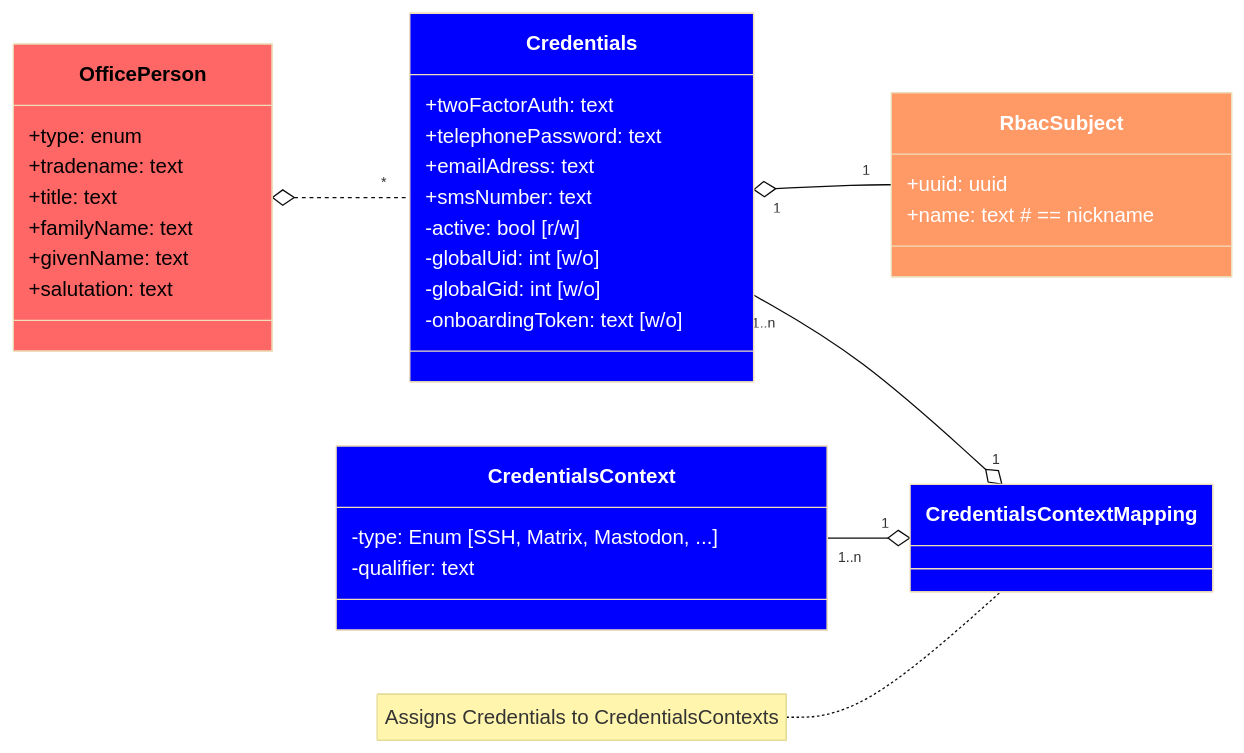
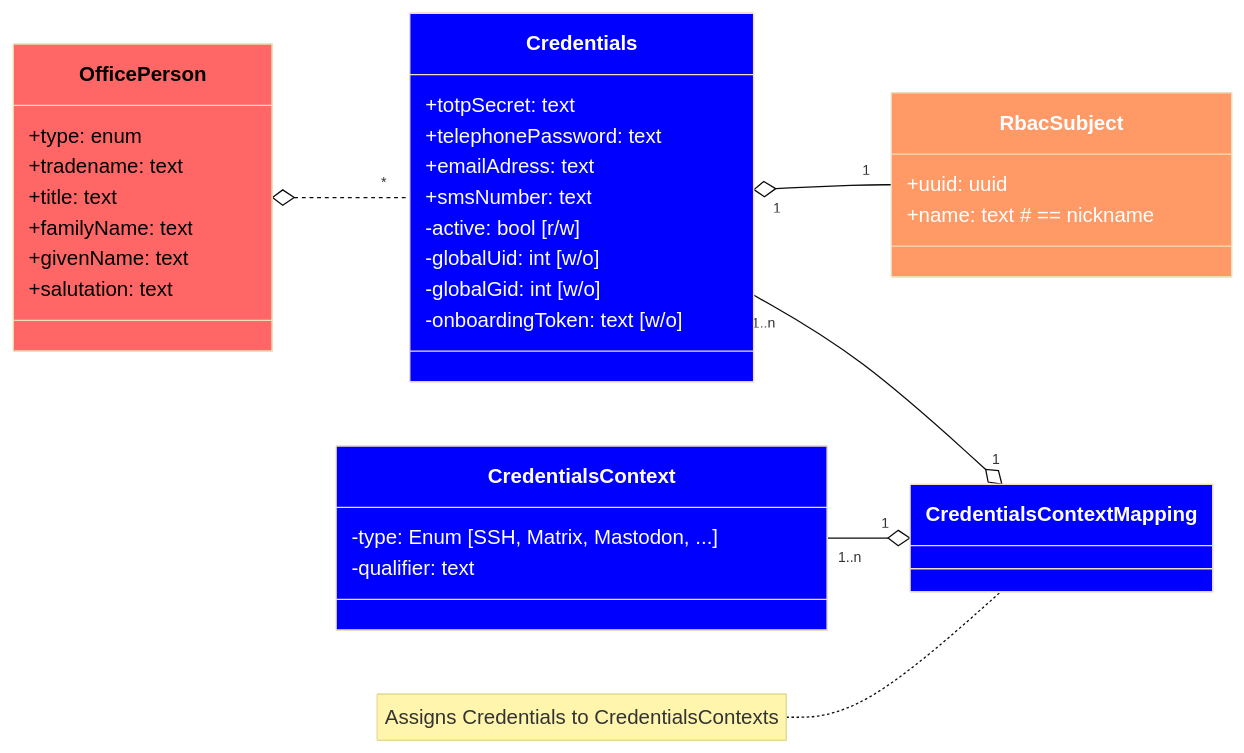
The diagram in doc/ideas/login-credentials-data-model.mermaid (mhoennig/hs.hsadmin.ng), drawn with Mermaid (base theme) before and after one commit. The commit also changed 32 other files, not shown here.

Commit message:
feature/credentials-schema-updates (#180)

```diff
--- a/doc/ideas/login-credentials-data-model.mermaid
+++ b/doc/ideas/login-credentials-data-model.mermaid
@@ -1,49 +1,49 @@
 classDiagram
     direction LR
 
     OfficePerson o.. "*" Credentials
     Credentials "1" o-- "1" RbacSubject
 
     CredentialsContext "1..n" --o "1" CredentialsContextMapping
     Credentials "1..n" --o "1" CredentialsContextMapping
 
     class Credentials{
-        +twoFactorAuth: text
+        +totpSecret: text
         +telephonePassword: text
         +emailAdress: text
         +smsNumber: text
         -active: bool [r/w]
         -globalUid: int [w/o]
         -globalGid: int [w/o]
         -onboardingToken: text [w/o]
     }
 
     class CredentialsContext{
         -type: Enum [SSH, Matrix, Mastodon, ...]
         -qualifier: text
     }
 
     class CredentialsContextMapping{
     }
     note for CredentialsContextMapping "Assigns Credentials to CredentialsContexts"
 
     class RbacSubject{
         +uuid: uuid
         +name: text # == nickname
     }
 
     class OfficePerson{
         +type: enum
         +tradename: text
         +title: text
         +familyName: text
         +givenName: text
         +salutation: text
     }
 
     style CredentialsContext fill:#00f,color:#fff
     style CredentialsContextMapping fill:#00f,color:#fff
     style Credentials fill:#00f,color:#fff
 
     style RbacSubject fill:#f96,color:#fff
     style OfficePerson fill:#f66,color:#000
```
